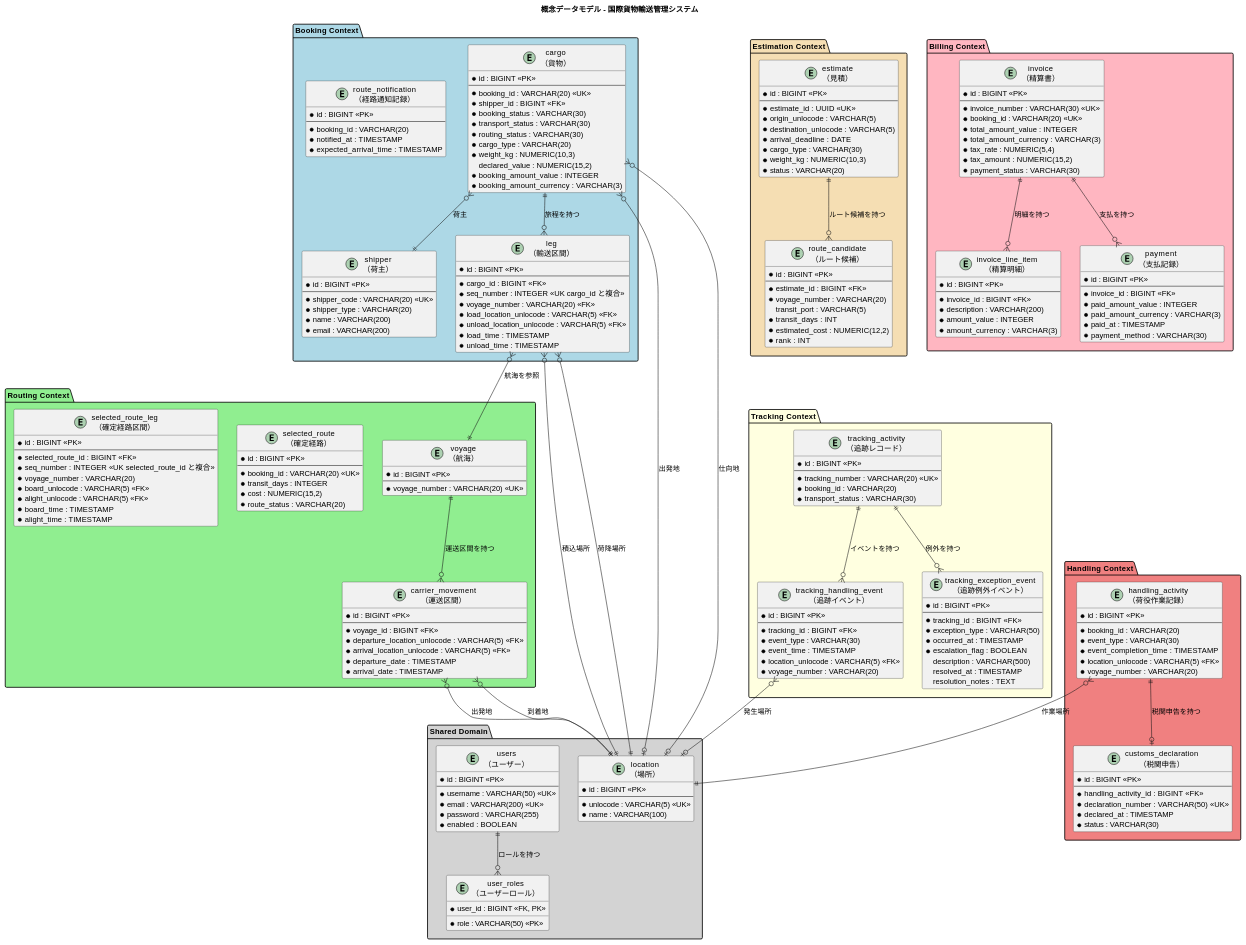
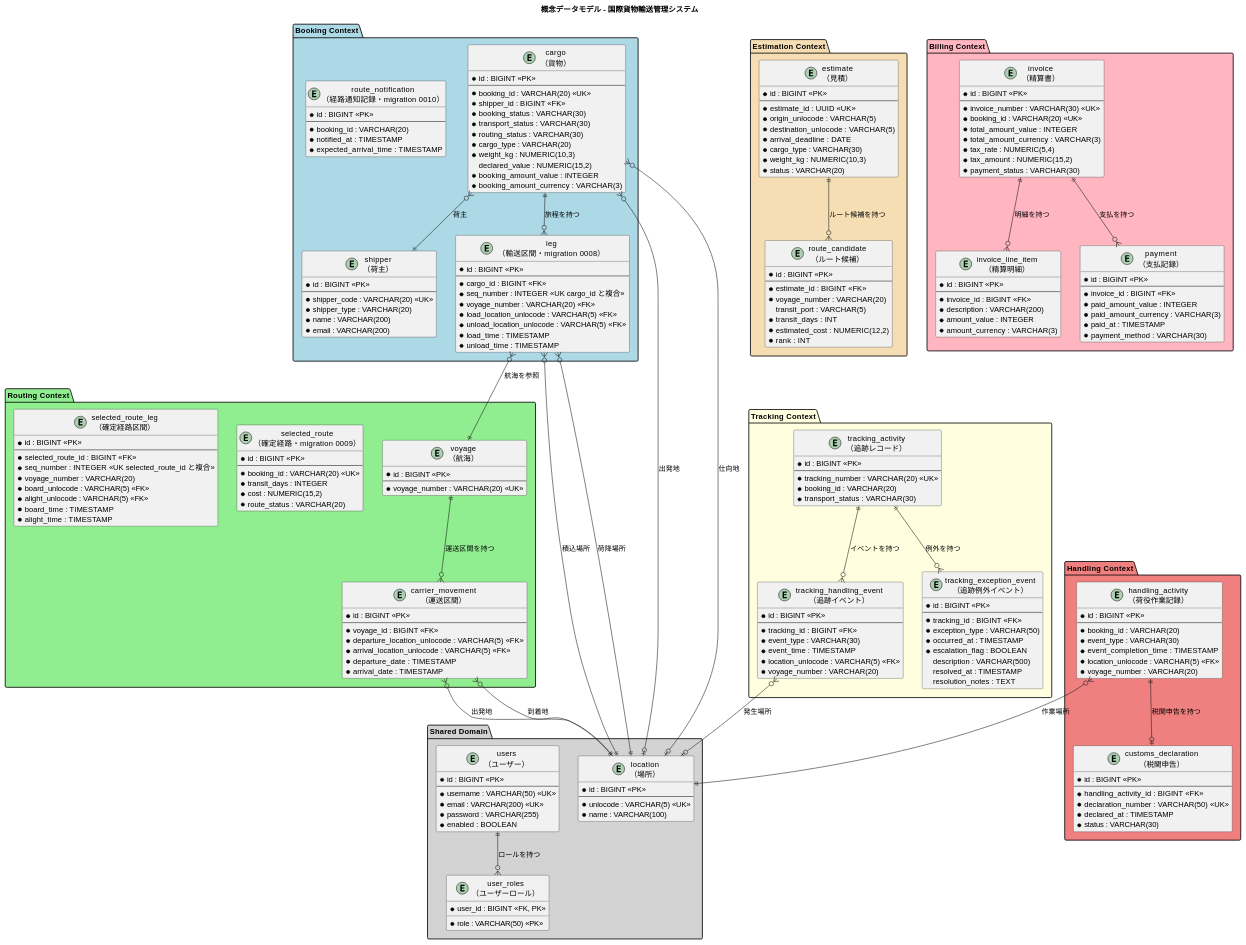
Before and after one commit to k2works/case-study-cargo-tracker: the first of 9 diagrams in docs/design/data-model.md, drawn with PlantUML. The commit also changed 3 other files, not shown here.

```diff
--- a/docs/design/data-model.md
+++ b/docs/design/data-model.md
@@ -87,7 +87,7 @@
     * booking_amount_currency : VARCHAR(3)
   }
 
-  entity "leg\n（輸送区間）" as leg {
+  entity "leg\n（輸送区間・migration 0008）" as leg {
     * id : BIGINT <<PK>>
     --
     * cargo_id : BIGINT <<FK>>
@@ -99,7 +99,7 @@
     * unload_time : TIMESTAMP
   }
 
-  entity "route_notification\n（経路通知記録）" as route_notification {
+  entity "route_notification\n（経路通知記録・migration 0010）" as route_notification {
     * id : BIGINT <<PK>>
     --
     * booking_id : VARCHAR(20)
@@ -125,7 +125,7 @@
     * arrival_date : TIMESTAMP
   }
 
-  entity "selected_route\n（確定経路）" as selected_route {
+  entity "selected_route\n（確定経路・migration 0009）" as selected_route {
     * id : BIGINT <<PK>>
     --
     * booking_id : VARCHAR(20) <<UK>>
```
